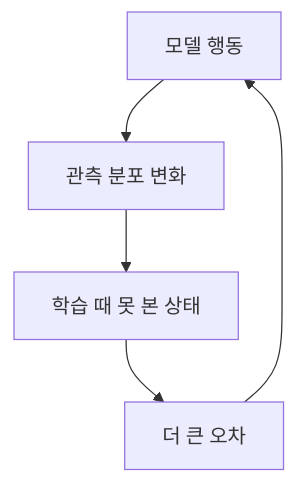
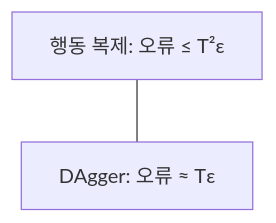
The second of 2 diagrams in articles/compounding-error.md (wjdgks7178/ai-mindmap), drawn with Mermaid before and after one commit. The commit also changed other lines of this file and 2 other files, not shown here.

````diff
--- a/articles/compounding-error.md
+++ b/articles/compounding-error.md
@@ -18,7 +24,4 @@
 ```mermaid
 flowchart TD
-  A["모델 행동"] --> B["관측 분포 변화"]
-  B --> C["학습 때 못 본 상태"]
-  C --> D["더 큰 오차"]
-  D --> A
+  B["행동 복제: 오류 ≤ T²ε"] --- D["DAgger: 오류 ≈ Tε"]
 ```
````
